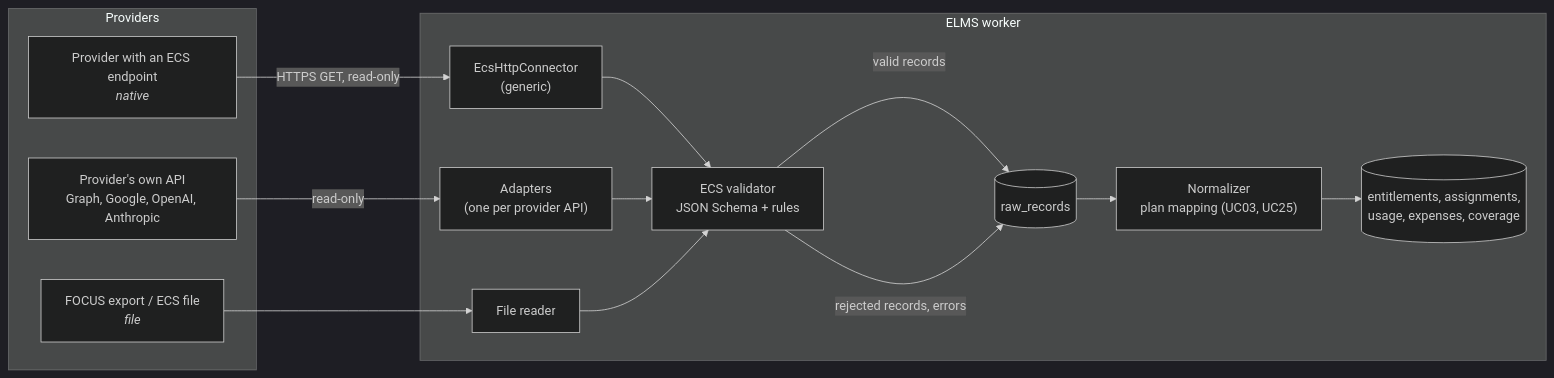
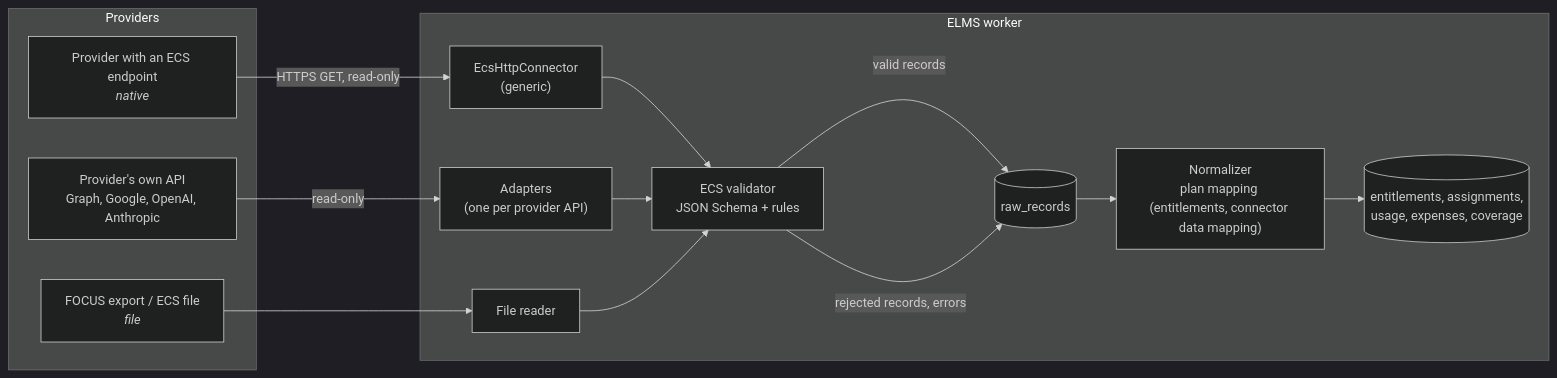
The diagram in docs/06-connector-standard.md (cuonglpv/VFast), drawn with Mermaid (dark theme) before and after one commit. The commit also changed other lines of this file and 25 other files, not shown here.

````diff
--- a/docs/06-connector-standard.md
+++ b/docs/06-connector-standard.md
@@ -91,25 +91,25 @@
 ```mermaid
 flowchart LR
     subgraph sources["Providers"]
         n["Provider with an ECS endpoint<br/><i>native</i>"]
         a["Provider's own API<br/>Graph, Google, OpenAI, Anthropic"]
         f["FOCUS export / ECS file<br/><i>file</i>"]
     end
     subgraph elms["ELMS worker"]
         g["EcsHttpConnector<br/>(generic)"]
         ad["Adapters<br/>(one per provider API)"]
         fl["File reader"]
         v["ECS validator<br/>JSON Schema + rules"]
         raw[("raw_records")]
-        norm["Normalizer<br/>plan mapping (UC03, UC25)"]
+        norm["Normalizer<br/>plan mapping (entitlements, connector data mapping)"]
         db[("entitlements, assignments,<br/>usage, expenses, coverage")]
     end
     n -- "HTTPS GET, read-only" --> g
     a -- "read-only" --> ad
     f --> fl
     g --> v
     ad --> v
     fl --> v
     v -- "valid records" --> raw --> norm --> db
     v -- "rejected records, errors" --> raw
 ```
````
